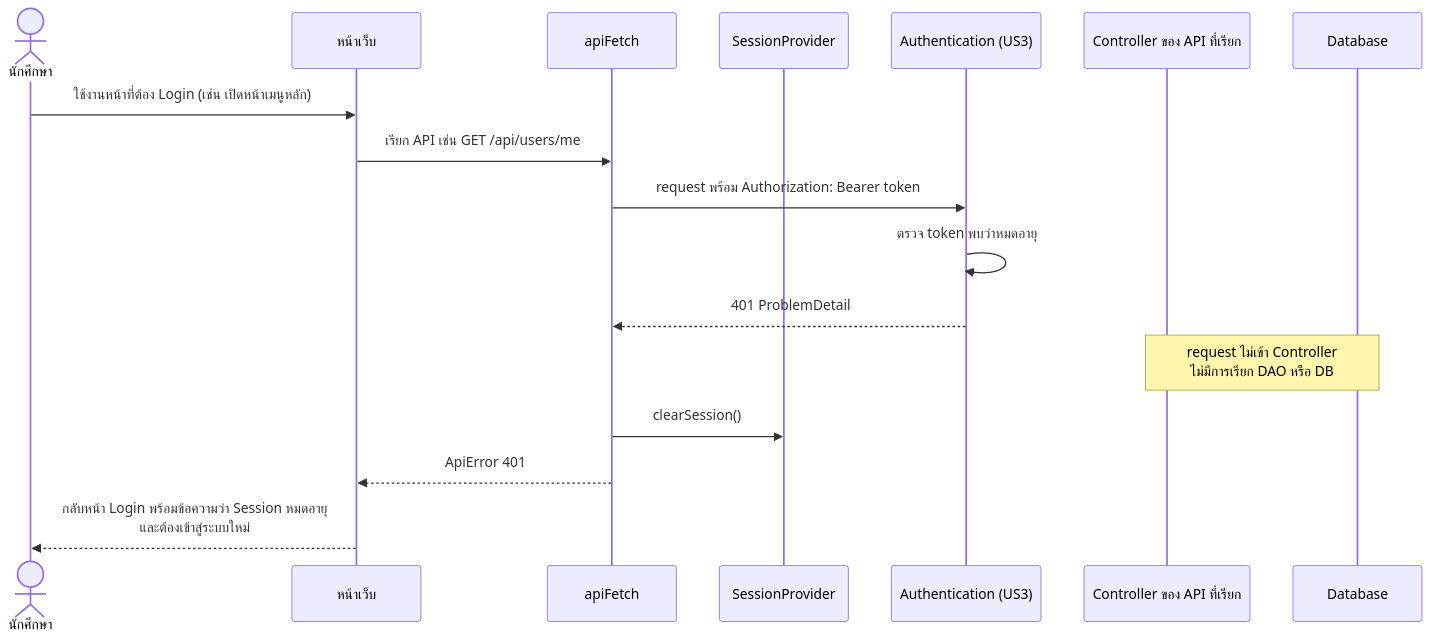
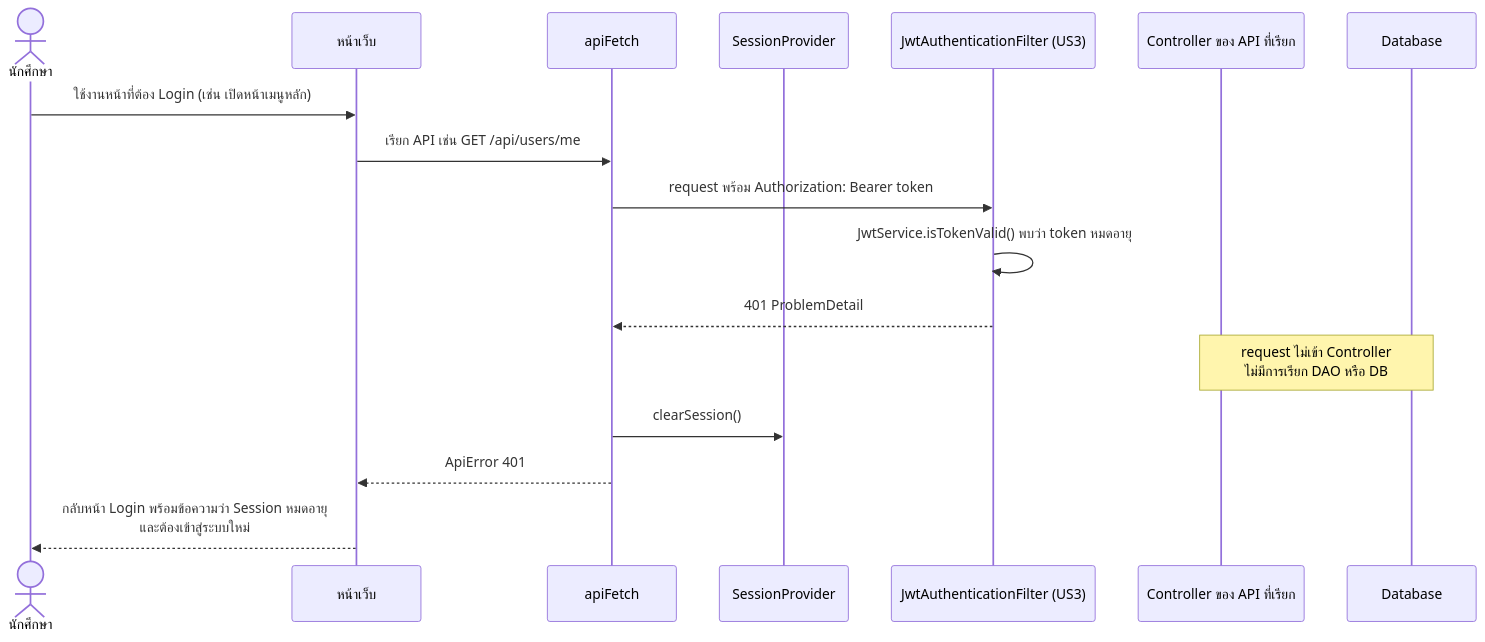
One commit to Non-Sin/CS261-G3-MockTimetableTU changed the third of 4 diagrams in .doc/US4/T06/US4-T06-Sequence-Diagram.md. Above: the diagram before and after it, drawn with Mermaid. The commit also changed other lines of this file and 3 other files, not shown here.

````diff
--- a/.doc/US4/T06/US4-T06-Sequence-Diagram.md
+++ b/.doc/US4/T06/US4-T06-Sequence-Diagram.md
@@ -56,20 +94,20 @@
 ```mermaid
 sequenceDiagram
     actor User as นักศึกษา
     participant UI as หน้าเว็บ
     participant A as apiFetch
     participant SP as SessionProvider
-    participant SEC as Authentication (US3)
+    participant SEC as JwtAuthenticationFilter (US3)
     participant C as Controller ของ API ที่เรียก
     participant DB as Database
 
     User->>UI: ใช้งานหน้าที่ต้อง Login (เช่น เปิดหน้าเมนูหลัก)
     UI->>A: เรียก API เช่น GET /api/users/me
     A->>SEC: request พร้อม Authorization: Bearer token
-    SEC->>SEC: ตรวจ token พบว่าหมดอายุ
+    SEC->>SEC: JwtService.isTokenValid() พบว่า token หมดอายุ
     SEC-->>A: 401 ProblemDetail
     Note over C,DB: request ไม่เข้า Controller<br/>ไม่มีการเรียก DAO หรือ DB
     A->>SP: clearSession()
     A-->>UI: ApiError 401
     UI-->>User: กลับหน้า Login พร้อมข้อความว่า Session หมดอายุ<br/>และต้องเข้าสู่ระบบใหม่
 ```
````
